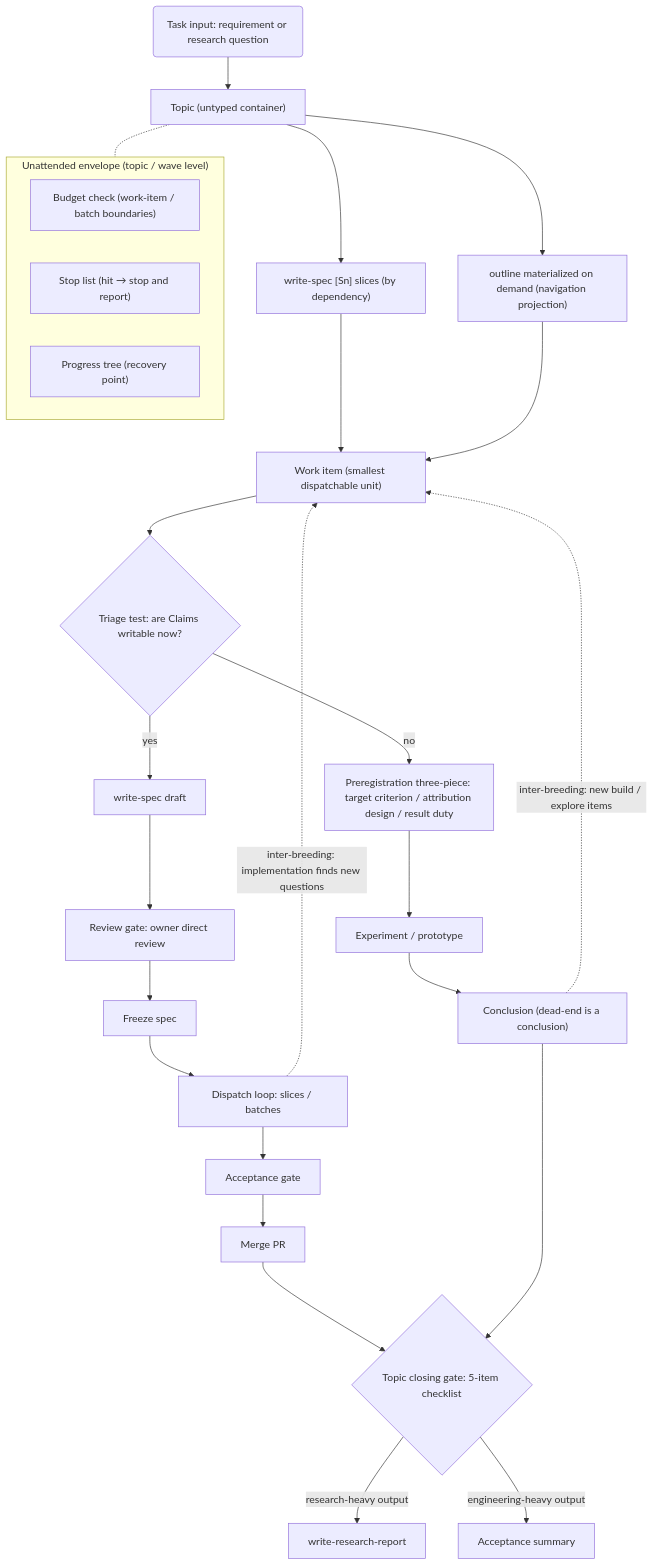
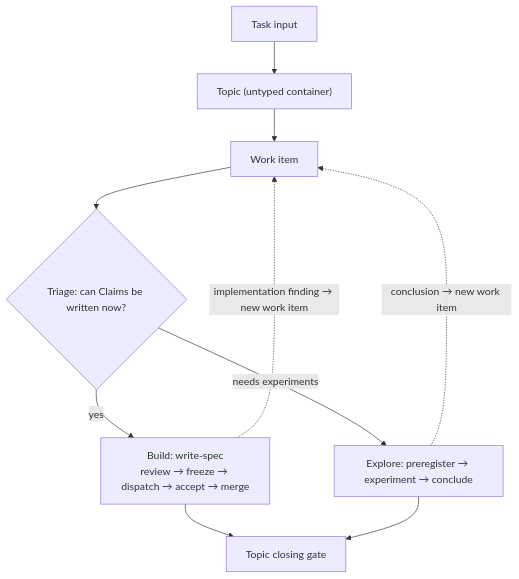
The second of 8 diagrams in README.en.md (nightBrise/sci-spec-loop-skill), drawn with Mermaid before and after one commit. The commit also changed other lines of this file and 8 other files, not shown here.

````diff
--- a/README.en.md
+++ b/README.en.md
@@ -15,35 +33,12 @@
 ```mermaid
-flowchart TD
-    IN("Task input: requirement or research question") --> TOPIC["Topic (untyped container)"]
-    TOPIC --> SPLIT1["write-spec [Sn] slices (by dependency)"]
-    TOPIC --> SPLIT2["outline materialized on demand (navigation projection)"]
-    SPLIT1 --> WI["Work item (smallest dispatchable unit)"]
-    SPLIT2 --> WI
-    WI --> TEST{"Triage test: are Claims writable now?"}
-
-    TEST -->|"yes"| B1["write-spec draft"]
-    B1 --> B2["Review gate: owner direct review"]
-    B2 --> B3["Freeze spec"]
-    B3 --> B4["Dispatch loop: slices / batches"]
-    B4 --> B5["Acceptance gate"]
-    B5 --> B6["Merge PR"]
-
-    TEST -->|"no"| E1["Preregistration three-piece: target criterion / attribution design / result duty"]
-    E1 --> E2["Experiment / prototype"]
-    E2 --> E3["Conclusion (dead-end is a conclusion)"]
-
-    E3 -.->|"inter-breeding: new build / explore items"| WI
-    B4 -.->|"inter-breeding: implementation finds new questions"| WI
-    B6 --> CLOSE{"Topic closing gate: 5-item checklist"}
-    E3 --> CLOSE
-    CLOSE -->|"research-heavy output"| RPT["write-research-report"]
-    CLOSE -->|"engineering-heavy output"| ACC["Acceptance summary"]
-
-    subgraph ENV["Unattended envelope (topic / wave level)"]
-        direction LR
-        N1["Budget check (work-item / batch boundaries)"]
-        N2["Stop list (hit → stop and report)"]
-        N3["Progress tree (recovery point)"]
-    end
-    TOPIC -.- ENV
+flowchart TB
+    IN["Task input"] --> T["Topic (untyped container)"]
+    T --> WI["Work item"]
+    WI --> Q{"Triage: can Claims be written now?"}
+    Q -->|"yes"| B["Build: write-spec<br/>review → freeze → dispatch → accept → merge"]
+    Q -->|"needs experiments"| E["Explore: preregister → experiment → conclude"]
+    E -.->|"conclusion → new work item"| WI
+    B -.->|"implementation finding → new work item"| WI
+    B --> C["Topic closing gate"]
+    E --> C
 ```
````
